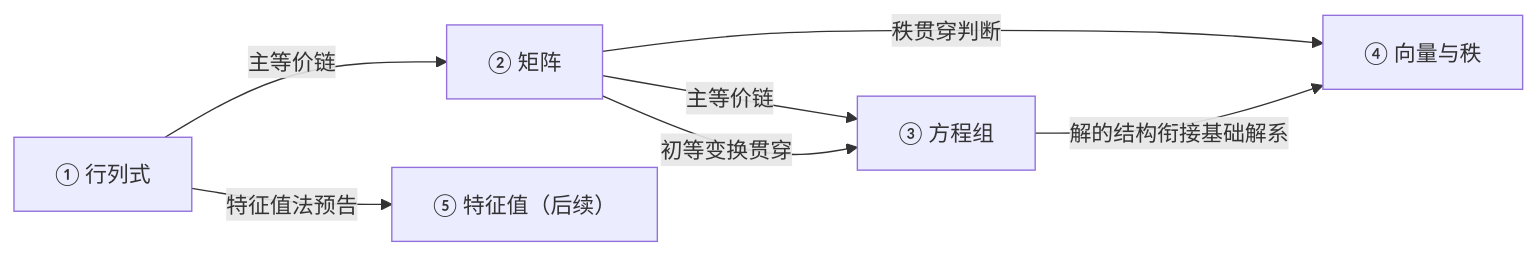
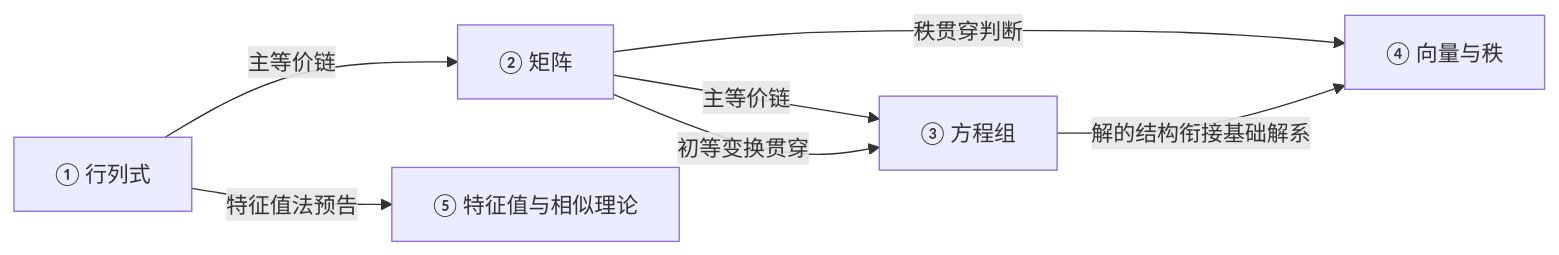
Before and after one commit to Treasoni/kaoyan: the diagram in 线性代数/必背知识.md, drawn with Mermaid. The commit also changed other lines of this file and 3 other files, not shown here.

````diff
--- a/线性代数/必背知识.md
+++ b/线性代数/必背知识.md
@@ -26,15 +26,15 @@
 ```mermaid
 flowchart LR
     D["① 行列式"]
     M["② 矩阵"]
     E["③ 方程组"]
     V["④ 向量与秩"]
-    EV["⑤ 特征值（后续）"]
+    EV["⑤ 特征值与相似理论"]
 
     D -- "主等价链" --> M
     M -- "主等价链" --> E
     D -- "特征值法预告" --> EV
     M -- "初等变换贯穿" --> E
     M -- "秩贯穿判断" --> V
     E -- "解的结构衔接基础解系" --> V
 ```
````
